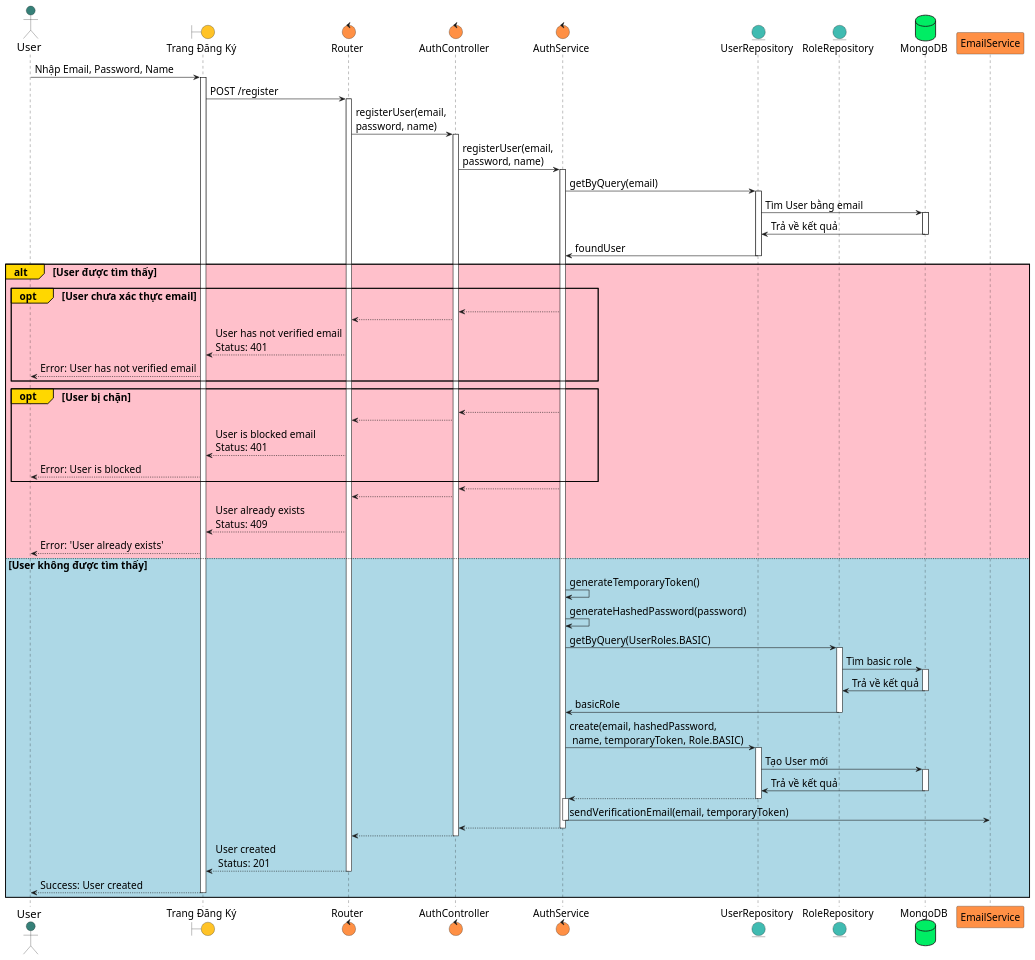
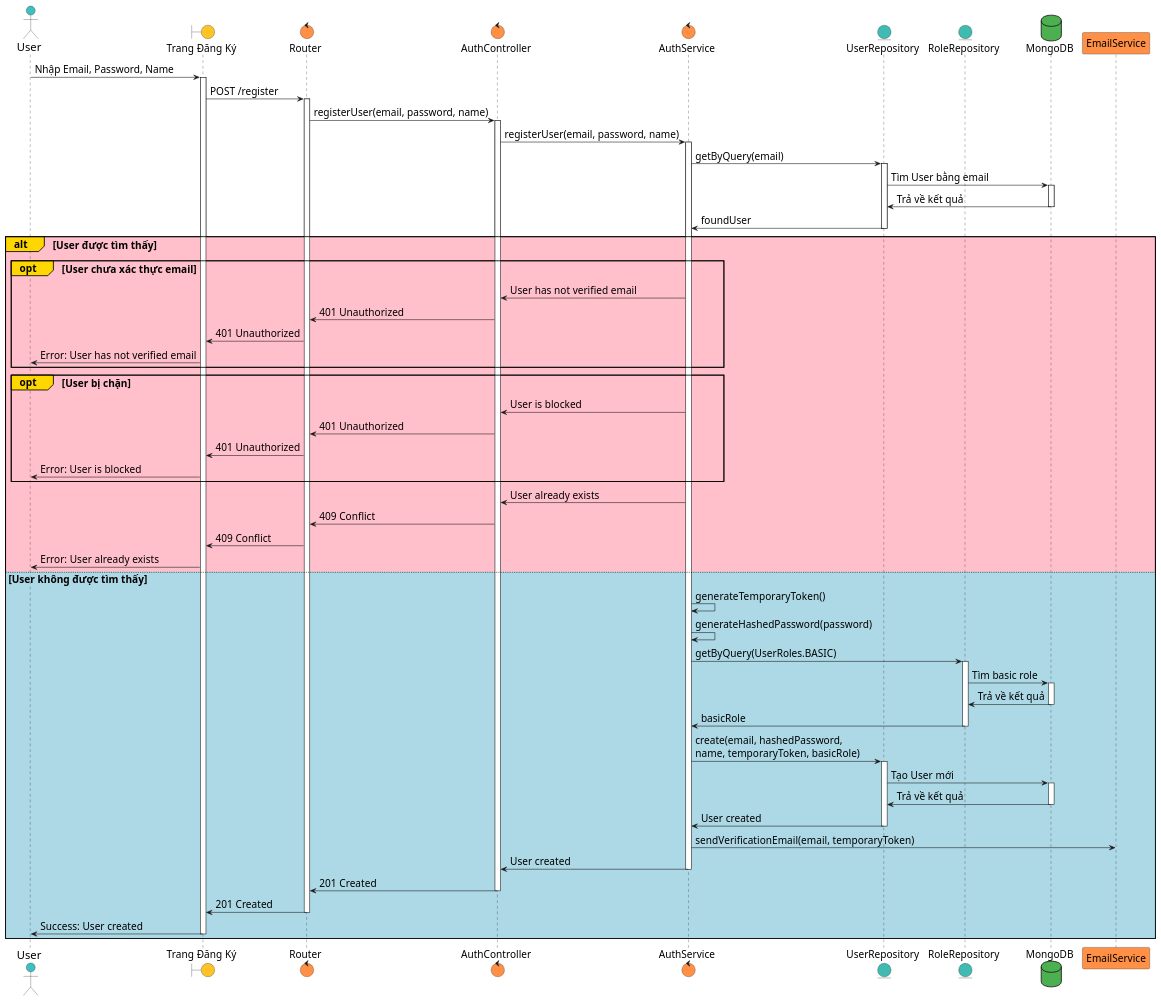
The diagram in docs/SequenceDiagram/registerUser.plantuml (KhoaDoesTech/ShareAndCareShop), drawn with PlantUML before and after one commit.

Commit message:
Sequence Diagram

```diff
--- a/docs/SequenceDiagram/registerUser.plantuml
+++ b/docs/SequenceDiagram/registerUser.plantuml
@@ -1,107 +1,104 @@
 @startuml
 skinparam defaultFontSize 18
 skinparam actorFontSize 20
 skinparam componentFontSize 18
 skinparam sequenceFontSize 16
 skinparam noteFontSize 14
 
-actor User as User #368078
+actor User as User #40BFBF
 boundary "Trang Đăng Ký" as FE #ffc327
 control Router as Router #ff9045
 control "AuthController" as Controller #ff9045
 control "AuthService" as Service #ff9045
 entity UserRepository as UserRepo #40bbb1
 entity RoleRepository as RoleRepo #40bbb1
-database MongoDB as DB #00ED64
+database MongoDB as DB #4CAF50
 participant EmailService as EmailService #ff9045
 
 User -> FE: Nhập Email, Password, Name
 activate FE
 
 FE -> Router: POST /register
 activate Router
 
-Router -> Controller: registerUser(email,\npassword, name)
+Router -> Controller: registerUser(email, password, name)
 activate Controller
 
-Controller -> Service: registerUser(email,\npassword, name)
+Controller -> Service: registerUser(email, password, name)
 activate Service
 
 Service -> UserRepo: getByQuery(email)
 activate UserRepo
 
 UserRepo -> DB: Tìm User bằng email
 activate DB
 
 DB -> UserRepo: Trả về kết quả
 deactivate DB
 
 UserRepo -> Service: foundUser
 deactivate UserRepo
 
-alt#Gold #Pink User được tìm thấy 
+alt#Gold #Pink  User được tìm thấy
     opt#Gold  User chưa xác thực email
-        Service --> Controller
-        Controller --> Router
-        Router --> FE: User has not verified email\nStatus: 401
-        FE --> User: Error: User has not verified email
+        Service -> Controller: User has not verified email
+        Controller -> Router: 401 Unauthorized
+        Router -> FE: 401 Unauthorized
+        FE -> User: Error: User has not verified email
     end
-    opt#Gold User bị chặn
-        Service --> Controller
-        Controller --> Router
-        Router --> FE: User is blocked email\nStatus: 401
-        FE --> User: Error: User is blocked
+
+    opt#Gold  User bị chặn
+        Service -> Controller: User is blocked
+        Controller -> Router: 401 Unauthorized
+        Router -> FE: 401 Unauthorized
+        FE -> User: Error: User is blocked
     end
-    Service --> Controller
-    Controller --> Router
-    Router --> FE: User already exists\nStatus: 409
-    FE --> User: Error: 'User already exists'
-else #LightBlue  User không được tìm thấy
+
+    Service -> Controller: User already exists
+    Controller -> Router: 409 Conflict
+    Router -> FE: 409 Conflict
+    FE -> User: Error: User already exists
+else #LightBlue User không được tìm thấy
     Service -> Service: generateTemporaryToken()
     Service -> Service: generateHashedPassword(password)
 
     Service -> RoleRepo: getByQuery(UserRoles.BASIC)
     activate RoleRepo
 
     RoleRepo -> DB: Tìm basic role
     activate DB
 
-    DB -> RoleRepo: Trả về kết quả 
+    DB -> RoleRepo: Trả về kết quả
     deactivate DB
 
     RoleRepo -> Service: basicRole
     deactivate RoleRepo
 
-    Service -> UserRepo: create(email, hashedPassword, \n name, temporaryToken, Role.BASIC)
+    Service -> UserRepo: create(email, hashedPassword, \nname, temporaryToken, basicRole)
     activate UserRepo
 
     UserRepo -> DB: Tạo User mới
     activate DB
 
     DB -> UserRepo: Trả về kết quả
     deactivate DB
 
-    UserRepo --> Service
+    UserRepo -> Service: User created
     deactivate UserRepo
 
-    activate Service
     Service -> EmailService: sendVerificationEmail(email, temporaryToken)
 
+    Service -> Controller: User created
     deactivate Service
 
-    Controller <-- Service
-    deactivate Service
-
-    Controller --> Router
+    Controller -> Router: 201 Created
     deactivate Controller
 
-    Router --> FE: User created\n Status: 201
+    Router -> FE: 201 Created
     deactivate Router
 
-    FE --> User: Success: User created
+    FE -> User: Success: User created
     deactivate FE
 end
 
-
-
 @enduml
```
